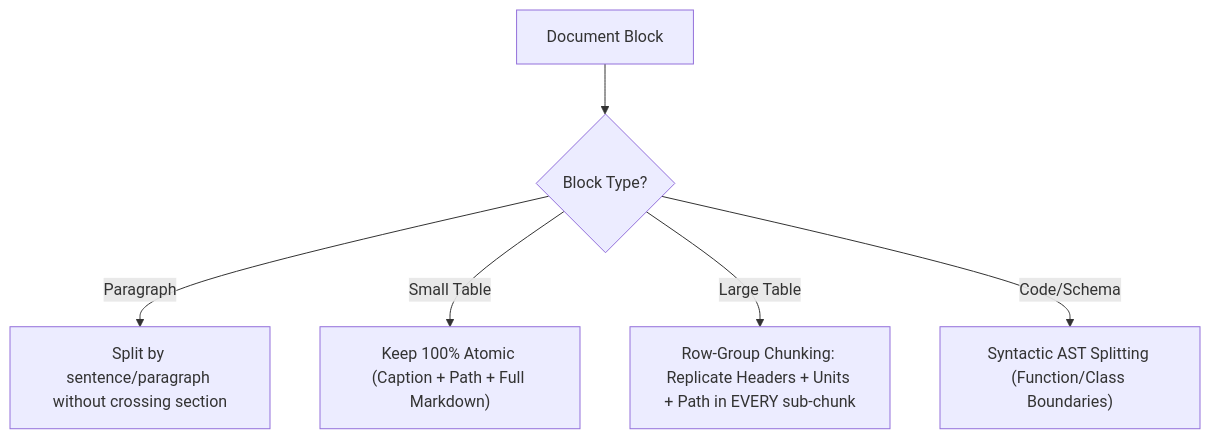
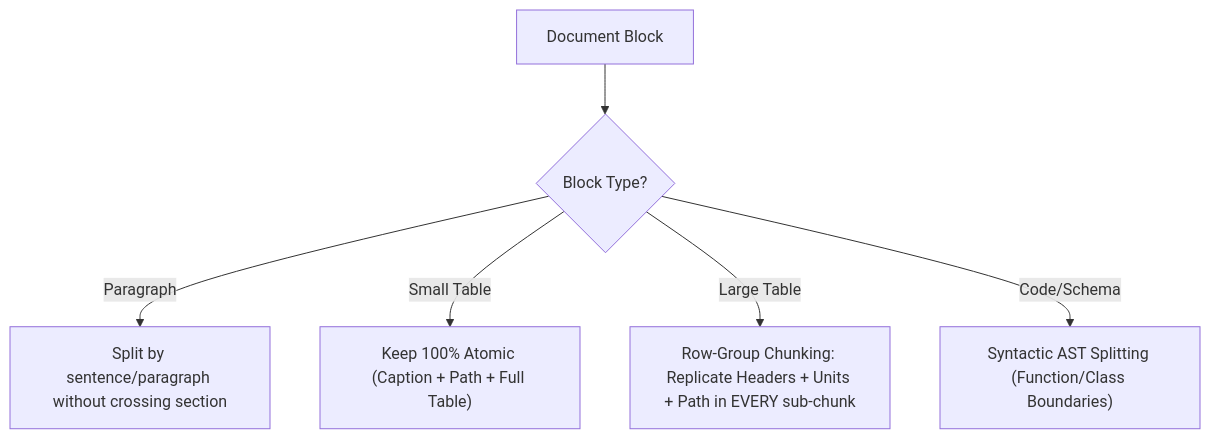
One commit to Souheil007/Rag_Full_Version changed the third of 4 diagrams in plans/plan7.md. Above: the diagram before and after it, drawn with Mermaid. The commit also changed other lines of this file, not shown here.

````diff
--- a/plans/plan7.md
+++ b/plans/plan7.md
@@ -149,9 +151,9 @@
 ```mermaid
 flowchart TD
     Node["Document Block"] --> Check{"Block Type?"}
     
     Check -->|Paragraph| PChunk["Split by sentence/paragraph without crossing section"]
-    Check -->|Small Table| TSmall["Keep 100% Atomic (Caption + Path + Full Markdown)"]
+    Check -->|Small Table| TSmall["Keep 100% Atomic (Caption + Path + Full Table)"]
     Check -->|Large Table| TLarge["Row-Group Chunking: Replicate Headers + Units + Path in EVERY sub-chunk"]
     Check -->|Code/Schema| CodeAST["Syntactic AST Splitting (Function/Class Boundaries)"]
 ```
````
